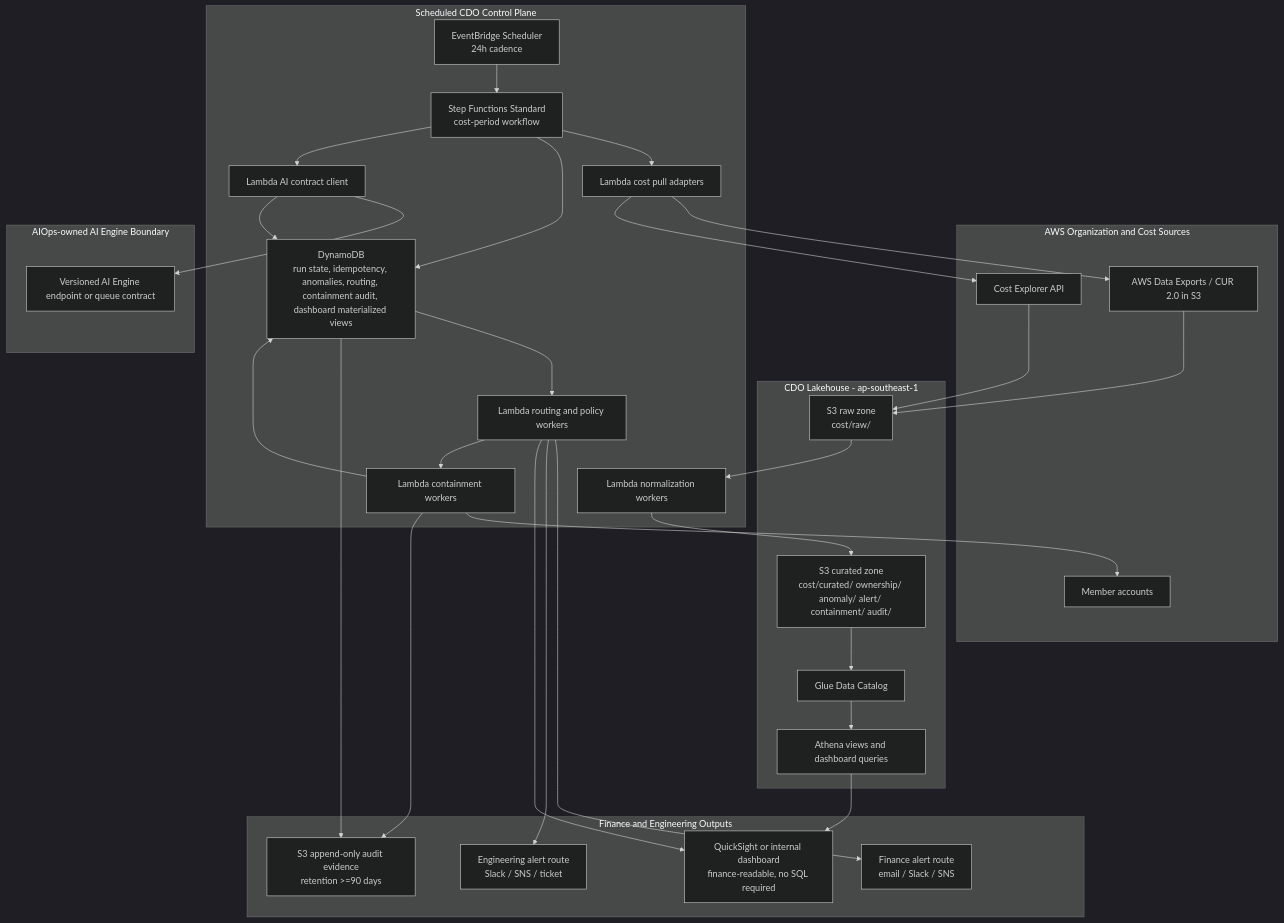
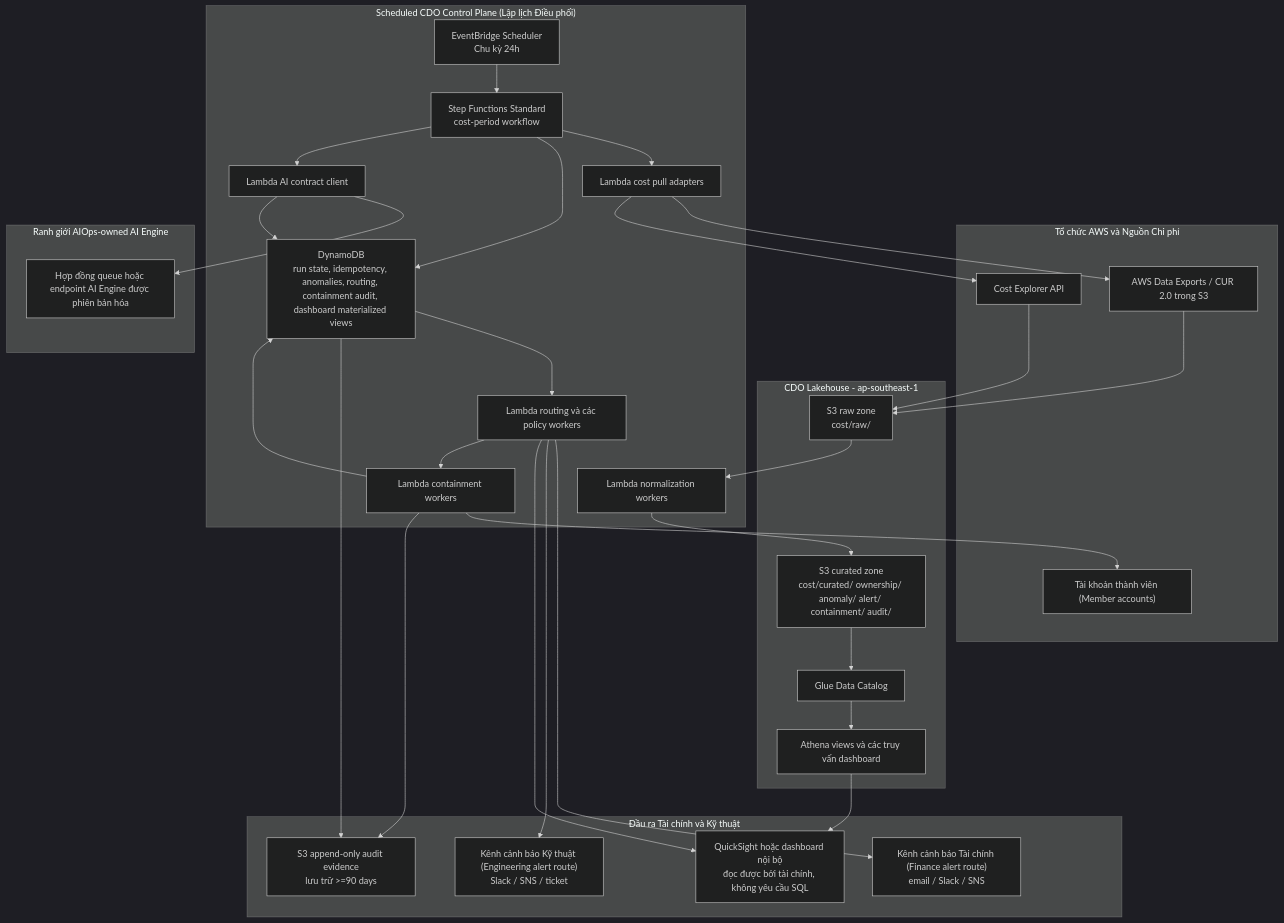
One commit to hungxqt/tf2-finops-docs changed the first of 2 diagrams in docs/tf2-finops/02_infra_design_vi.md. Above: the diagram before and after it, drawn with Mermaid (dark theme). The commit also changed other lines of this file, not shown here.

````diff
--- a/docs/tf2-finops/02_infra_design_vi.md
+++ b/docs/tf2-finops/02_infra_design_vi.md
@@ -13,62 +13,62 @@
 ```mermaid
 flowchart TB
-    subgraph AWSOrg["AWS Organization and Cost Sources"]
-        CUR["AWS Data Exports / CUR 2.0 in S3"]
+    subgraph AWSOrg["Tổ chức AWS và Nguồn Chi phí"]
+        CUR["AWS Data Exports / CUR 2.0 trong S3"]
         CE["Cost Explorer API"]
-        Accounts["Member accounts"]
+        Accounts["Tài khoản thành viên (Member accounts)"]
     end
 
     subgraph Lakehouse["CDO Lakehouse - ap-southeast-1"]
         Raw["S3 raw zone<br/>cost/raw/"]
         Curated["S3 curated zone<br/>cost/curated/ ownership/ anomaly/ alert/ containment/ audit/"]
         Glue["Glue Data Catalog"]
-        Athena["Athena views and dashboard queries"]
+        Athena["Athena views và các truy vấn dashboard"]
     end
 
-    subgraph Orchestration["Scheduled CDO Control Plane"]
-        Scheduler["EventBridge Scheduler<br/>24h cadence"]
+    subgraph Orchestration["Scheduled CDO Control Plane (Lập lịch Điều phối)"]
+        Scheduler["EventBridge Scheduler<br/>Chu kỳ 24h"]
         SFN["Step Functions Standard<br/>cost-period workflow"]
         Puller["Lambda cost pull adapters"]
         Normalize["Lambda normalization workers"]
         AIInvoke["Lambda AI contract client"]
-        Route["Lambda routing and policy workers"]
+        Route["Lambda routing và các policy workers"]
         Contain["Lambda containment workers"]
         DDB["DynamoDB<br/>run state, idempotency, anomalies, routing, containment audit, dashboard materialized views"]
     end
 
-    subgraph AIOps["AIOps-owned AI Engine Boundary"]
-        AI["Versioned AI Engine endpoint or queue contract"]
+    subgraph AIOps["Ranh giới AIOps-owned AI Engine"]
+        AI["Hợp đồng queue hoặc endpoint AI Engine được phiên bản hóa"]
     end
 
-    subgraph Outputs["Finance and Engineering Outputs"]
-        Dashboard["QuickSight or internal dashboard<br/>finance-readable, no SQL required"]
-        FinanceAlert["Finance alert route<br/>email / Slack / SNS"]
-        EngAlert["Engineering alert route<br/>Slack / SNS / ticket"]
-        Audit["S3 append-only audit evidence<br/>retention >=90 days"]
+    subgraph Outputs["Đầu ra Tài chính và Kỹ thuật"]
+        Dashboard["QuickSight hoặc dashboard nội bộ<br/>đọc được bởi tài chính, không yêu cầu SQL"]
+        FinanceAlert["Kênh cảnh báo Tài chính (Finance alert route)<br/>email / Slack / SNS"]
+        EngAlert["Kênh cảnh báo Kỹ thuật (Engineering alert route)<br/>Slack / SNS / ticket"]
+        Audit["S3 append-only audit evidence<br/>lưu trữ >=90 days"]
     end
 
     Scheduler --> SFN
     SFN --> Puller
     Puller --> CUR
     Puller --> CE
     CUR --> Raw
     CE --> Raw
     Raw --> Normalize
     Normalize --> Curated
     Curated --> Glue
     Glue --> Athena
     Athena --> Dashboard
     SFN --> DDB
     SFN --> AIInvoke
     AIInvoke --> AI
     AIInvoke --> DDB
     DDB --> Route
     Route --> FinanceAlert
     Route --> EngAlert
     Route --> Dashboard
     Route --> Contain
     Contain --> Accounts
     Contain --> DDB
     Contain --> Audit
     DDB --> Audit
 ```
````
